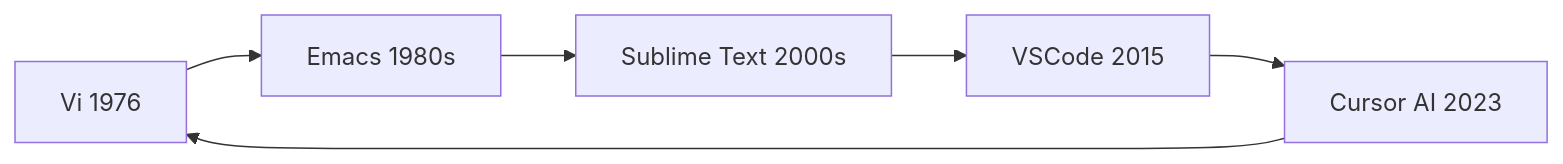
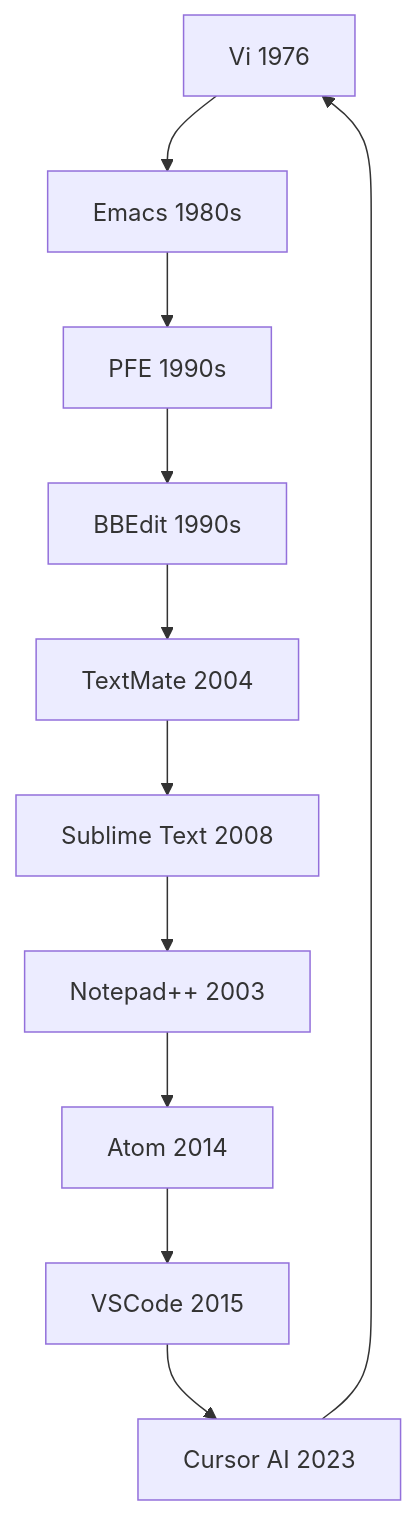
The eighth of 17 diagrams in _posts/2024-09-14-big-tech-picture.md (miklevin/MikeLev.in), drawn with Mermaid before and after one commit.

Commit message:
Better vim diagram

```diff
--- a/_posts/2024-09-14-big-tech-picture.md
+++ b/_posts/2024-09-14-big-tech-picture.md
@@ -280,8 +280,13 @@
 <div class="mermaid">
-graph LR
+graph TD
     Vi[Vi 1976] --> Emacs[Emacs 1980s]
-    Emacs --> Sublime[Sublime Text 2000s]
-    Sublime --> VSCode[VSCode 2015]
+    Emacs --> PFE[PFE 1990s]
+    PFE --> BBEdit[BBEdit 1990s]
+    Sublime --> NotepadPP[Notepad++ 2003]
+    BBEdit --> TextMate[TextMate 2004]
+    TextMate --> Sublime[Sublime Text 2008]
+    NotepadPP --> Atom[Atom 2014]
+    Atom --> VSCode[VSCode 2015]
     VSCode --> CursorAI[Cursor AI 2023]
     CursorAI --> Vi
 </div>
```
